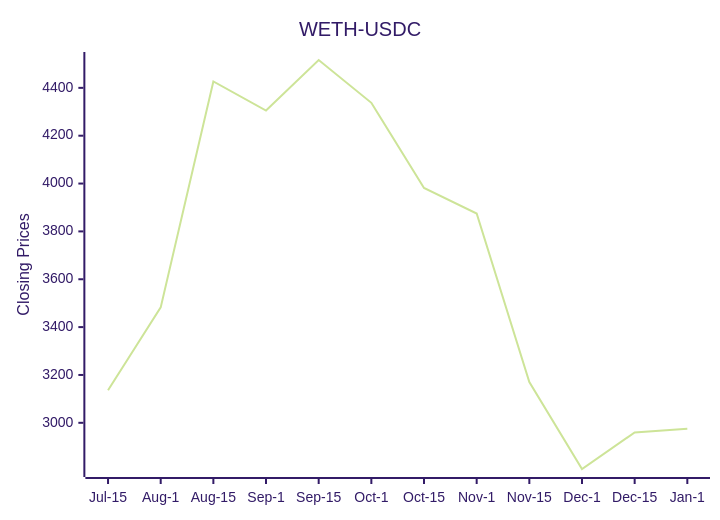
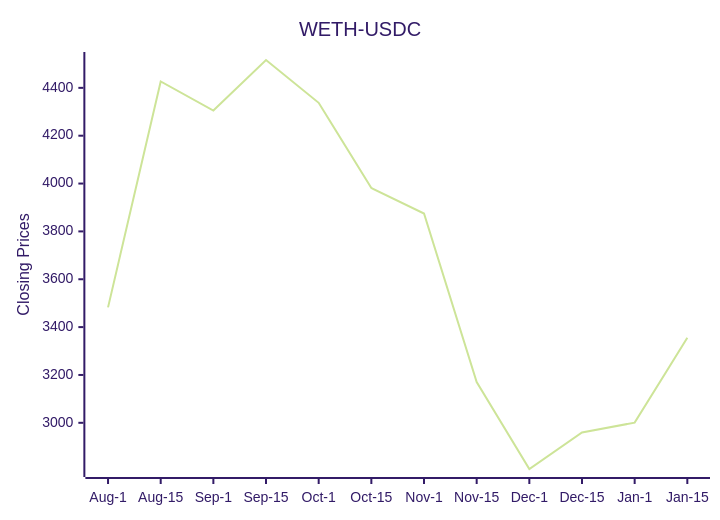
One commit to bicced/ReadmeCryptoPriceChart changed the diagram in README.md. Above: the diagram before and after it, drawn with Mermaid (forest theme).

Commit message:
Update README with latest DEX data

````diff
--- a/README.md
+++ b/README.md
@@ -6,7 +6,7 @@
 ```mermaid
 xychart-beta
   title "WETH-USDC"
-  x-axis [Jul-15,Aug-1,Aug-15,Sep-1,Sep-15,Oct-1,Oct-15,Nov-1,Nov-15,Dec-1,Dec-15,Jan-1]
+  x-axis [Aug-1,Aug-15,Sep-1,Sep-15,Oct-1,Oct-15,Nov-1,Nov-15,Dec-1,Dec-15,Jan-1,Jan-15]
   y-axis "Closing Prices" 2806.91719695467 --> 4516.39403113754
-  line [3136.3,3482.42836863059,4426.73412630884,4305.29196667193,4516.39403113754,4337.4165948864,3981.40087035479,3874.8082284479,3170.25621083736,2806.91719695467,2959.74010356289,2974.93251036802]
+  line [3482.42836863059,4426.73412630884,4305.29196667193,4516.39403113754,4337.4165948864,3981.40087035479,3874.8082284479,3170.25621083736,2806.91719695467,2959.74010356289,3000.67820680034,3355.15373017464]
 ```
````
